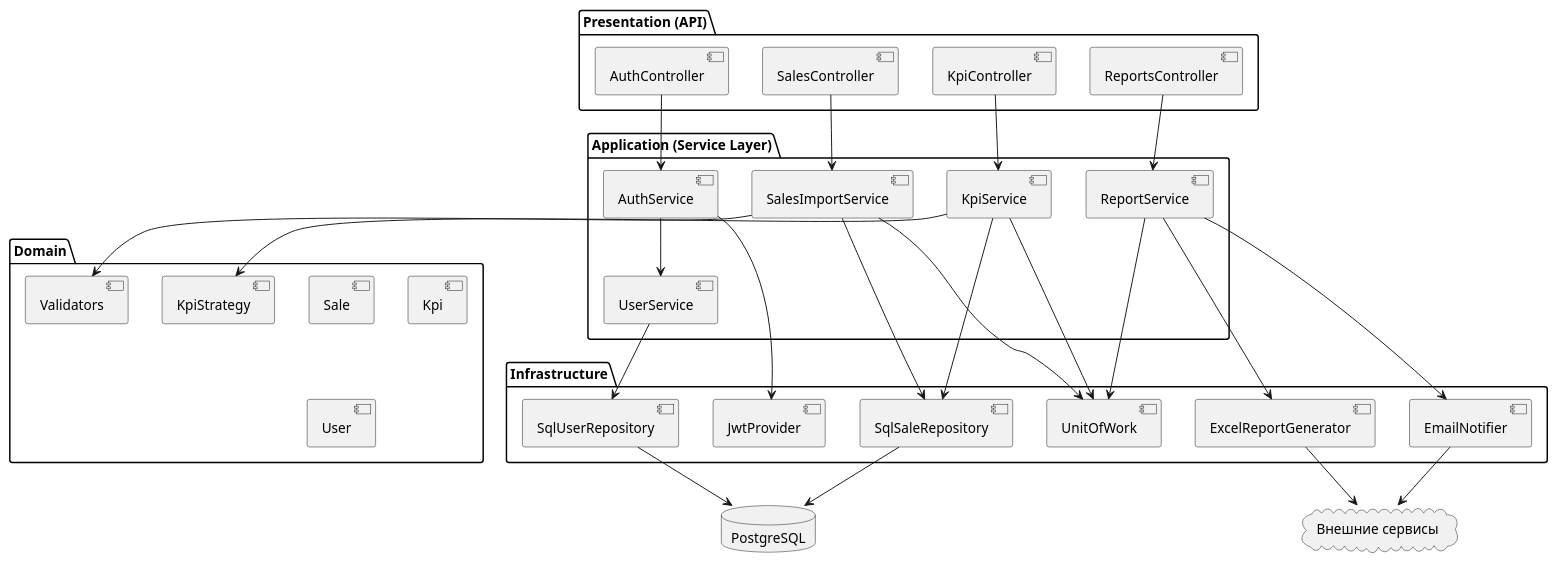
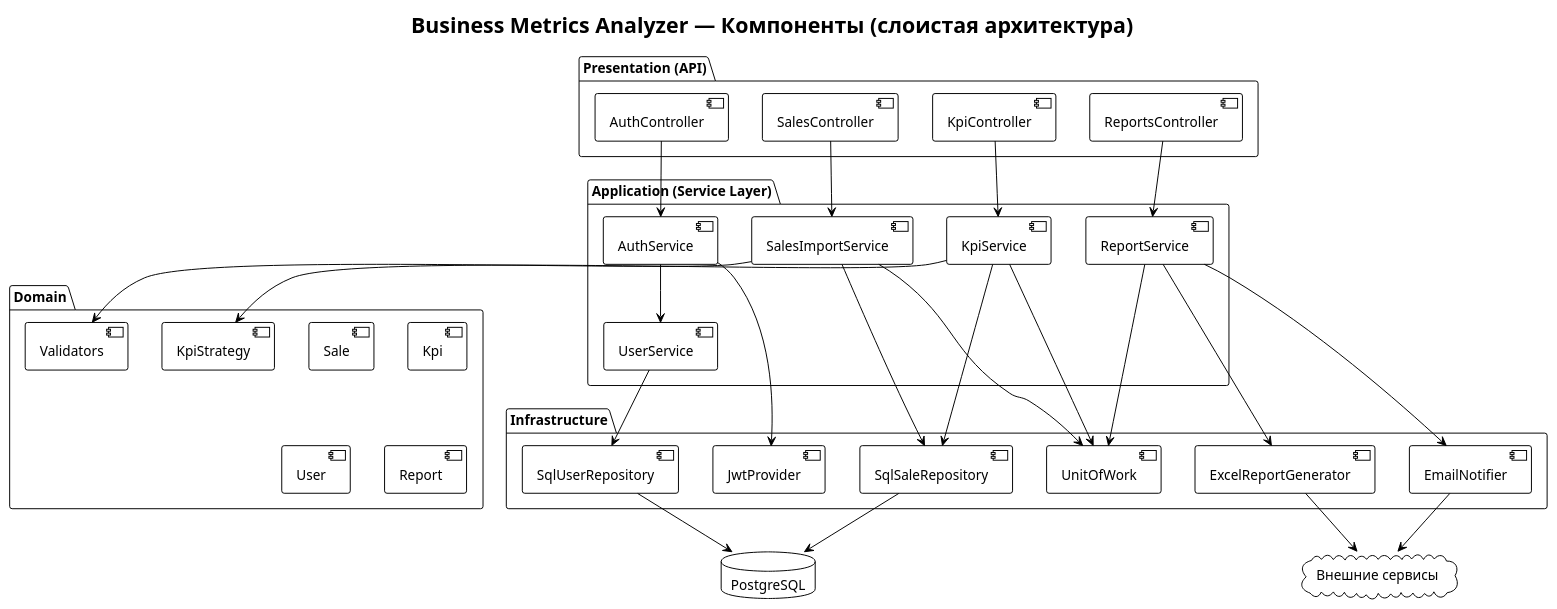
The diagram in docs/architecture/components.puml (Aelita55/business-metrics-analyzer), drawn with PlantUML before and after one commit. The commit also changed 6 other files, not shown here.

```diff
--- a/docs/architecture/components.puml
+++ b/docs/architecture/components.puml
@@ -1,62 +1,67 @@
 @startuml
+!theme plain
+title Business Metrics Analyzer — Компоненты (слоистая архитектура)
+
 package "Presentation (API)" {
-    [AuthController]
-    [SalesController]
-    [KpiController]
-    [ReportsController]
+  [AuthController]
+  [SalesController]
+  [KpiController]
+  [ReportsController]
 }
 
 package "Application (Service Layer)" {
-    [AuthService]
-    [SalesImportService]
-    [KpiService]
-    [ReportService]
-    [UserService]
+  [AuthService]
+  [SalesImportService]
+  [KpiService]
+  [ReportService]
+  [UserService]
 }
 
 package "Domain" {
-    [Sale]
-    [Kpi]
-    [User]
-    [KpiStrategy]
-    [Validators]
+  [Sale]
+  [Kpi]
+  [User]
+  [Report]
+  [KpiStrategy]
+  [Validators]
 }
 
 package "Infrastructure" {
-    [SqlSaleRepository]
-    [SqlUserRepository]
-    [UnitOfWork]
-    [JwtProvider]
-    [ExcelReportGenerator]
-    [EmailNotifier]
+  [SqlSaleRepository]
+  [SqlUserRepository]
+  [UnitOfWork]
+  [JwtProvider]
+  [ExcelReportGenerator]
+  [EmailNotifier]
 }
 
 database "PostgreSQL" as DB
 cloud "Внешние сервисы" as EXT
 
 [AuthController] --> [AuthService]
 [SalesController] --> [SalesImportService]
 [KpiController] --> [KpiService]
 [ReportsController] --> [ReportService]
 
 [AuthService] --> [JwtProvider]
 [AuthService] --> [UserService]
 [UserService] --> [SqlUserRepository]
 
 [SalesImportService] --> [UnitOfWork]
 [SalesImportService] --> [SqlSaleRepository]
 [SalesImportService] --> [Validators]
 
 [KpiService] --> [KpiStrategy]
 [KpiService] --> [UnitOfWork]
 [KpiService] --> [SqlSaleRepository]
 
 [ReportService] --> [ExcelReportGenerator]
 [ReportService] --> [EmailNotifier]
 [ReportService] --> [UnitOfWork]
 
 [SqlSaleRepository] --> DB
 [SqlUserRepository] --> DB
 [ExcelReportGenerator] --> EXT
 [EmailNotifier] --> EXT
+
 @enduml
```
